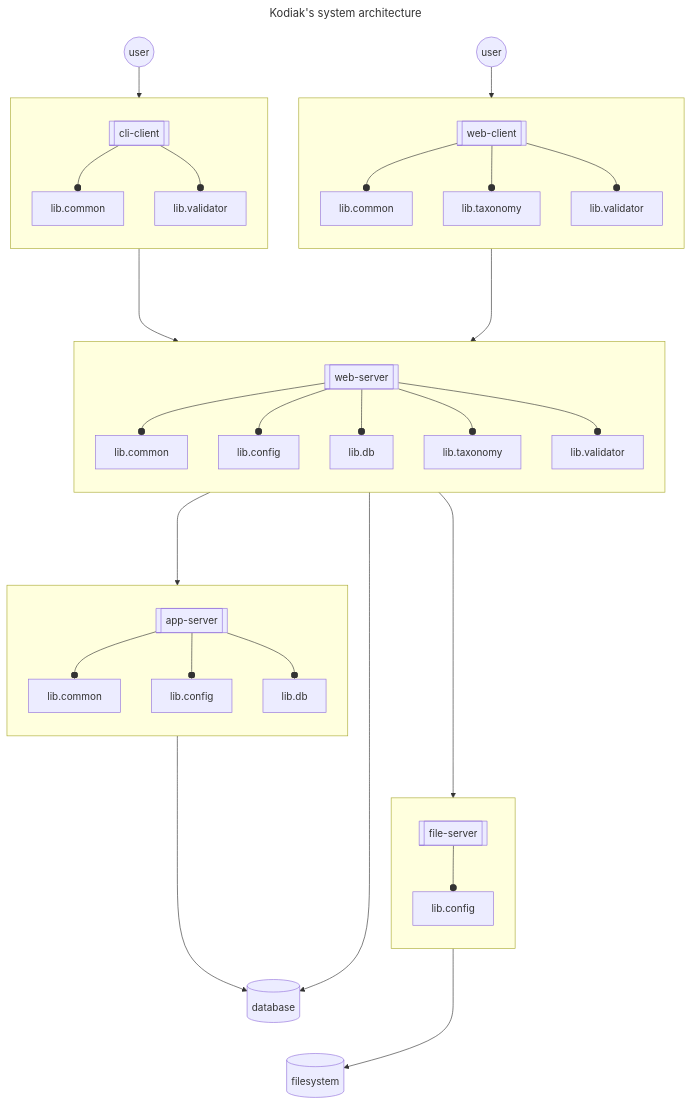
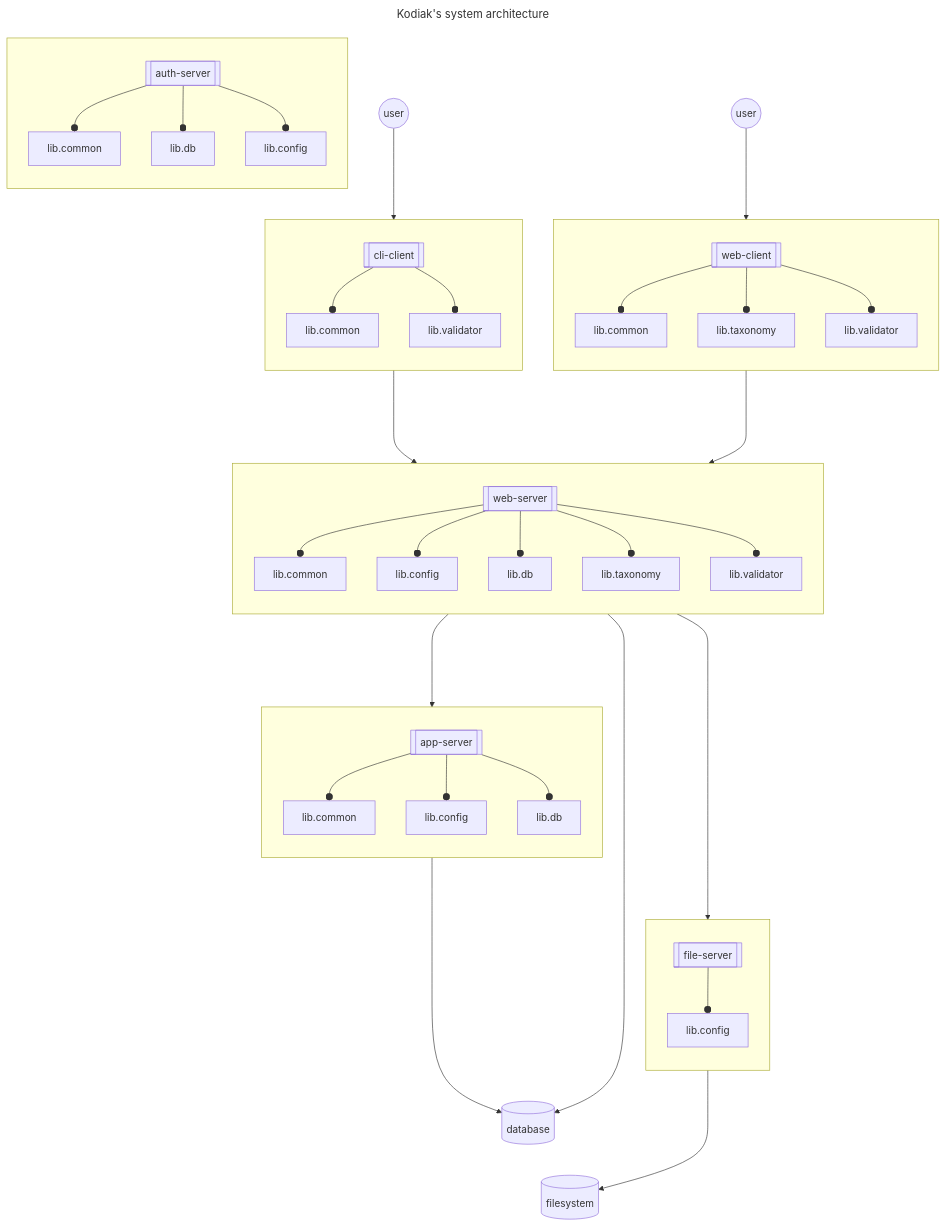
The diagram in SYSTEM-ARCHITECTURE.md (polarlabs/kodiak-diagrams), drawn with Mermaid before and after one commit. The commit also changed 2 other files, not shown here.

Commit message:
add: auth-server.

````diff
--- a/SYSTEM-ARCHITECTURE.md
+++ b/SYSTEM-ARCHITECTURE.md
@@ -5,45 +5,51 @@
 ```mermaid
 ---
 title: Kodiak's system architecture
 ---
 flowchart TB
   subgraph user-web[ ]
     direction TB  
     web-client[[web-client]] --o web-client.lib.common[lib.common]
     web-client               --o web-client.lib.taxonomy[lib.taxonomy]
     web-client               --o web-client.lib.validator[lib.validator]
   end
   subgraph user-cli[ ]
     direction TB
     cli-client[[cli-client]] --o cli-client.lib.common[lib.common]
     cli-client               --o cli-client.lib.validator[lib.validator]
+  end
+  subgraph auth-server[ ]
+    direction TB
+    auth-server.api[[auth-server]] --o auth-server.lib.common[lib.common]
+    auth-server.api                --o auth-server.lib.db[lib.db]
+    auth-server.api                --o auth-server.lib.config[lib.config]
   end
   subgraph file-server[ ]
     direction TB
     file-server.api[[file-server]] --o file-server.lib.config[lib.config]
   end
   subgraph web-server[ ]
     direction TB
     web-server.api[[web-server]] --o web-server.lib.common[lib.common]
     web-server.api               --o web-server.lib.config[lib.config]
     web-server.api               --o web-server.lib.db[lib.db]
     web-server.api               --o web-server.lib.taxonomy[lib.taxonomy]
     web-server.api               --o web-server.lib.validator[lib.validator]
   end
   subgraph app-server[ ]
     direction TB
     app-server.api[[app-server]] --o app-server.lib.common[lib.common]
     app-server.api               --o app-server.lib.config[lib.config]
     app-server.api               --o app-server.lib.db[lib.db]
   end
   web-user((user)) -->   web-client
   web-client       ----> web-server.api
   cli-user((user)) -->   cli-client
   cli-client       ----> web-server.api
   web-server.api   ----> app-server.api
   web-server.api   ----> file-server.api
   file-server      --->  filesystem[(filesystem)]
   web-server       -->   database[(database)]
   app-server       ----> database
   database         ~~~   filesystem
 ```
````
